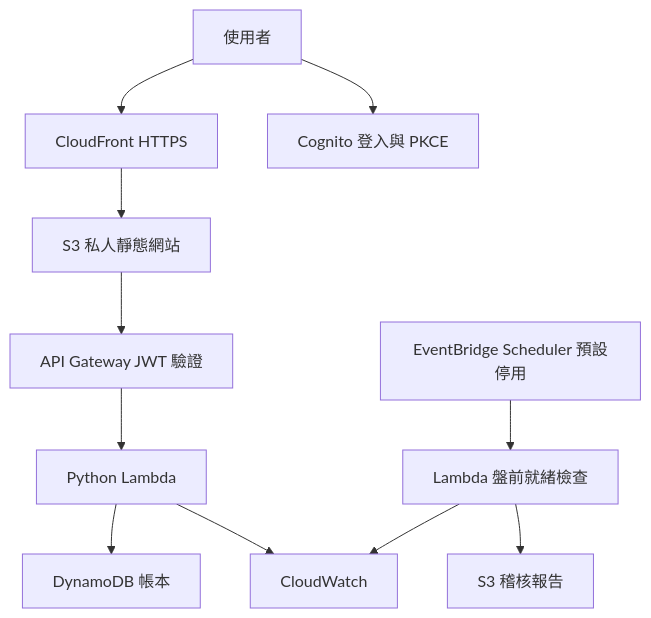
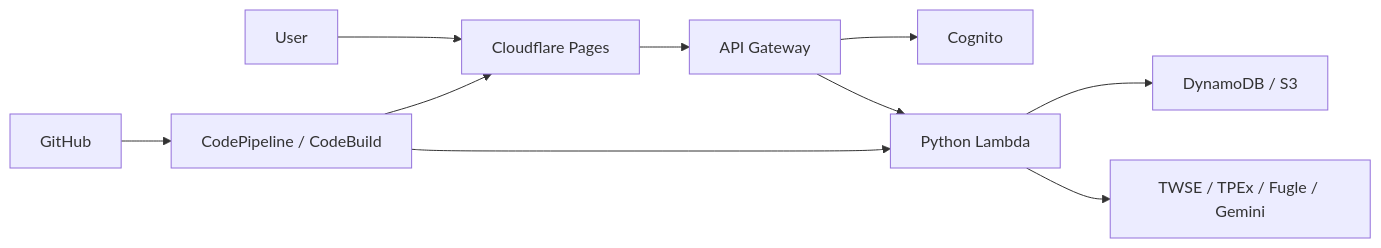
Before and after one commit to kos8123/Baglo: the diagram in README.md, drawn with Mermaid. The commit also changed other lines of this file and 2 other files, not shown here.

Commit message:
Add global loading feedback and progressive charts

````diff
--- a/README.md
+++ b/README.md
@@ -95,13 +26,12 @@
 ```mermaid
-flowchart TD
-    Browser[使用者] --> CloudFront[CloudFront HTTPS]
-    CloudFront --> Web[S3 私人靜態網站]
-    Browser --> Login[Cognito 登入與 PKCE]
-    Web --> API[API Gateway JWT 驗證]
+flowchart LR
+    User --> Pages[Cloudflare Pages]
+    Pages --> API[API Gateway]
+    API --> Auth[Cognito]
     API --> Lambda[Python Lambda]
-    Lambda --> Ledger[DynamoDB 帳本]
-    Schedule[EventBridge Scheduler 預設停用] --> Job[Lambda 盤前就緒檢查]
-    Job --> Raw[S3 稽核報告]
-    Lambda --> Logs[CloudWatch]
-    Job --> Logs
+    Lambda --> DB[DynamoDB / S3]
+    Lambda --> Data[TWSE / TPEx / Fugle / Gemini]
+    GitHub --> CI[CodePipeline / CodeBuild]
+    CI --> Pages
+    CI --> Lambda
 ```
````
